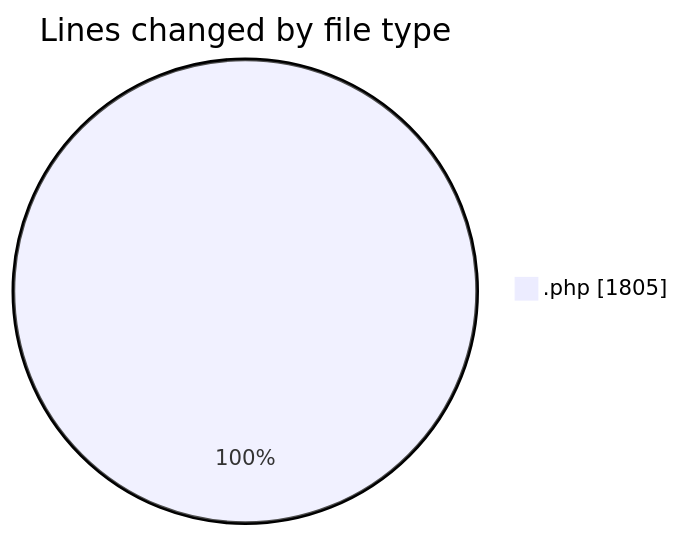
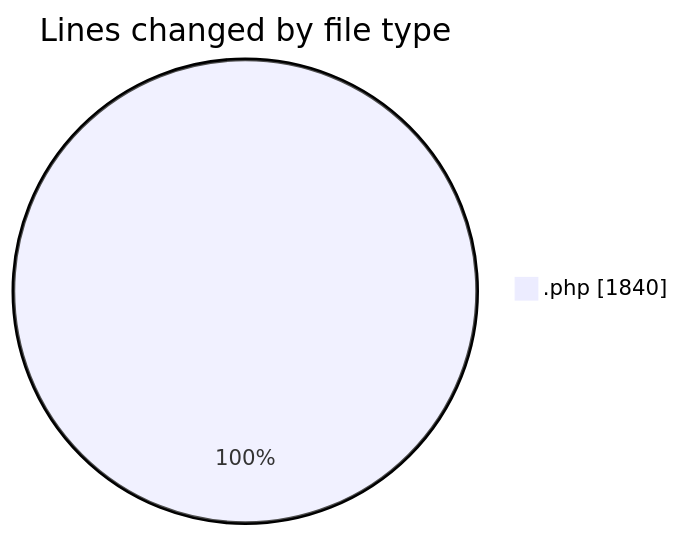
One commit to LanceThiago/code-tracking changed the first of 2 diagrams in 2026-08-28/oficina/README.md. Above: the diagram before and after it, drawn with Mermaid. The commit also changed other lines of this file and 1 other file, not shown here.

````diff
--- a/2026-08-28/oficina/README.md
+++ b/2026-08-28/oficina/README.md
@@ -20,5 +20,5 @@
 ```mermaid
 pie showData
 title Lines changed by file type
-".php" : 1805
+".php" : 1840
 ```
````
